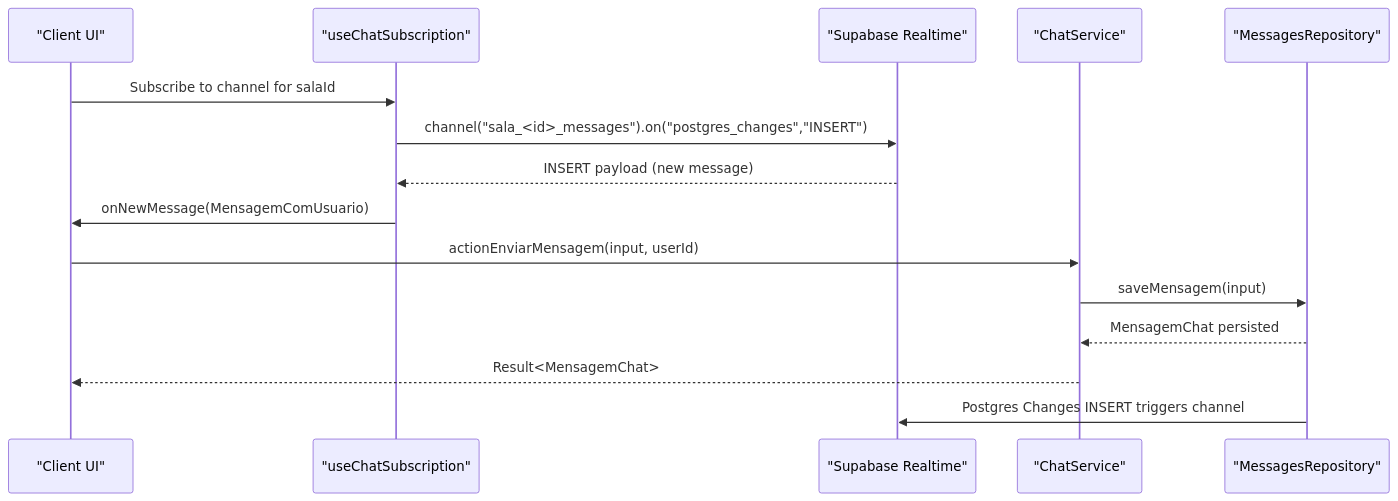
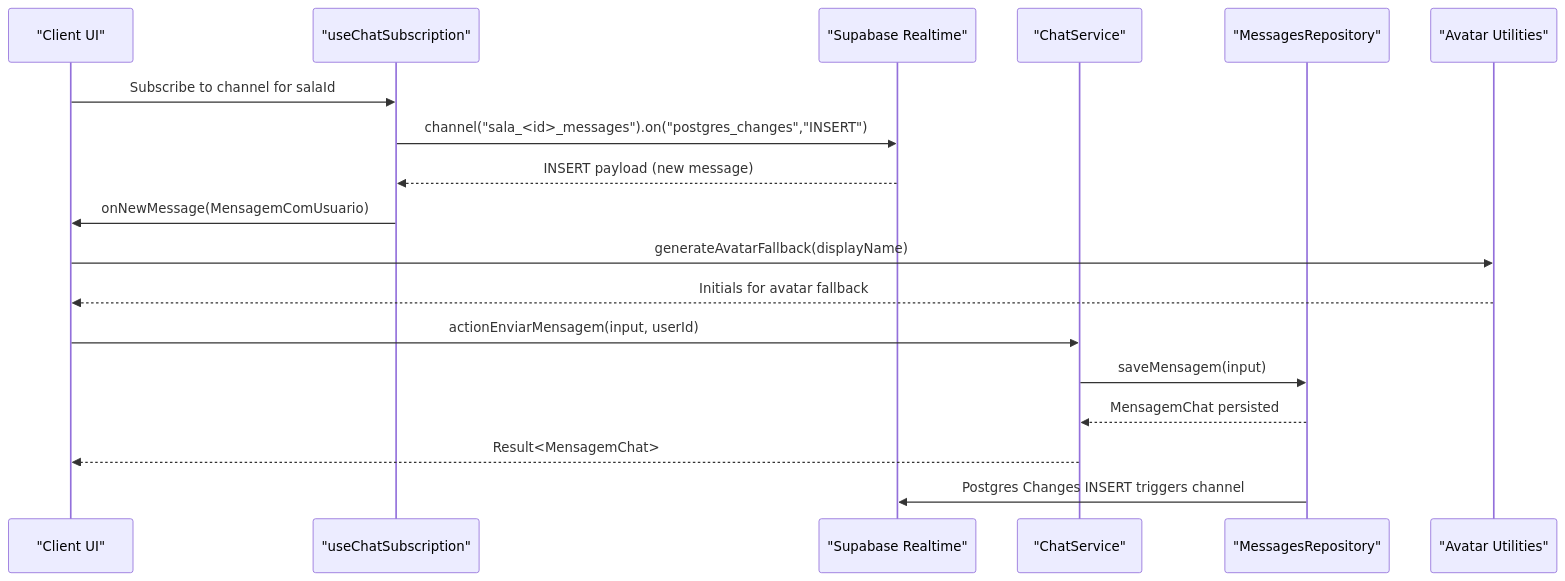
One commit to SinesysTech/zattar-os changed the second of 6 diagrams in .qoder/repowiki/en/content/Real-time Features/Chat System.md. Above: the diagram before and after it, drawn with Mermaid. The commit also changed other lines of this file and 103 other files, not shown here.

````diff
--- a/.qoder/repowiki/en/content/Real-time Features/Chat System.md
+++ b/.qoder/repowiki/en/content/Real-time Features/Chat System.md
@@ -100,17 +132,20 @@
 ```mermaid
 sequenceDiagram
 participant Client as "Client UI"
 participant Hook as "useChatSubscription"
 participant Supabase as "Supabase Realtime"
 participant Service as "ChatService"
 participant Repo as "MessagesRepository"
+participant AvatarUtil as "Avatar Utilities"
 Client->>Hook : Subscribe to channel for salaId
 Hook->>Supabase : channel("sala_<id>_messages").on("postgres_changes","INSERT")
 Supabase-->>Hook : INSERT payload (new message)
 Hook->>Client : onNewMessage(MensagemComUsuario)
+Client->>AvatarUtil : generateAvatarFallback(displayName)
+AvatarUtil-->>Client : Initials for avatar fallback
 Client->>Service : actionEnviarMensagem(input, userId)
 Service->>Repo : saveMensagem(input)
 Repo-->>Service : MensagemChat persisted
 Service-->>Client : Result<MensagemChat>
 Repo->>Supabase : Postgres Changes INSERT triggers channel
 ```
````
